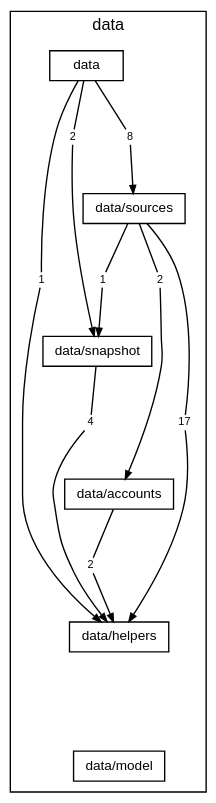
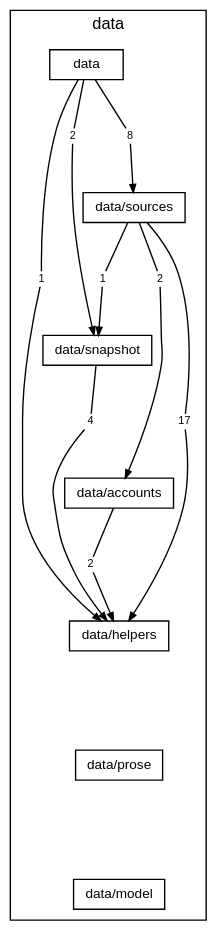
Before and after one commit to TheAxeC/oculus: the diagram in docs/diagrams/layer-data.dot, drawn with Graphviz. The commit also changed 51 other files, not shown here.

```diff
--- a/docs/diagrams/layer-data.dot
+++ b/docs/diagrams/layer-data.dot
@@ -1,43 +1,45 @@
 digraph layer_data {
     graph [bgcolor="transparent", rankdir=TB, newrank=true, fontname="Helvetica,Arial,sans-serif", fontsize=12, nodesep=0.2, ranksep=0.5];
     node [shape=box, color="black", fontcolor="black", fontname="Helvetica,Arial,sans-serif", fontsize=10, height=0.3, margin="0.12,0.04"];
     edge [color="black", fontcolor="black", fontname="Helvetica,Arial,sans-serif", fontsize=8, arrowsize=0.6];
     subgraph "cluster_data" {
         label="data"; style=solid;
         "folder data" [label="data"];
         "folder data/sources" [label="data/sources"];
         "folder data/snapshot" [label="data/snapshot"];
         "folder data/accounts" [label="data/accounts"];
         "folder data/helpers" [label="data/helpers"];
+        "folder data/prose" [label="data/prose"];
         "folder data/model" [label="data/model"];
         "folder data to folder data/helpers" [label="1", shape=box, color="transparent", fontsize=8, width=0, height=0, margin="0.04,0.02"];
         "folder data to folder data/snapshot" [label="2", shape=box, color="transparent", fontsize=8, width=0, height=0, margin="0.04,0.02"];
         "folder data to folder data/sources" [label="8", shape=box, color="transparent", fontsize=8, width=0, height=0, margin="0.04,0.02"];
         "folder data/sources to folder data/accounts" [label="2", shape=box, color="transparent", fontsize=8, width=0, height=0, margin="0.04,0.02"];
         "folder data/sources to folder data/helpers" [label="17", shape=box, color="transparent", fontsize=8, width=0, height=0, margin="0.04,0.02"];
         "folder data/sources to folder data/snapshot" [label="1", shape=box, color="transparent", fontsize=8, width=0, height=0, margin="0.04,0.02"];
         "folder data/snapshot to folder data/helpers" [label="4", shape=box, color="transparent", fontsize=8, width=0, height=0, margin="0.04,0.02"];
         "folder data/accounts to folder data/helpers" [label="2", shape=box, color="transparent", fontsize=8, width=0, height=0, margin="0.04,0.02"];
     }
     "folder data" -> "folder data/sources" [style=invis, weight=10, minlen=2];
     "folder data/sources" -> "folder data/snapshot" [style=invis, weight=10, minlen=2];
     "folder data/snapshot" -> "folder data/accounts" [style=invis, weight=10, minlen=2];
     "folder data/accounts" -> "folder data/helpers" [style=invis, weight=10, minlen=2];
-    "folder data/helpers" -> "folder data/model" [style=invis, weight=10, minlen=2];
+    "folder data/helpers" -> "folder data/prose" [style=invis, weight=10, minlen=2];
+    "folder data/prose" -> "folder data/model" [style=invis, weight=10, minlen=2];
     "folder data" -> "folder data to folder data/helpers" [arrowhead=none, minlen=3, weight=10];
     "folder data to folder data/helpers" -> "folder data/helpers" [];
     "folder data" -> "folder data to folder data/snapshot" [arrowhead=none, minlen=1, weight=10];
     "folder data to folder data/snapshot" -> "folder data/snapshot" [];
     "folder data" -> "folder data to folder data/sources" [arrowhead=none, minlen=1, weight=10];
     "folder data to folder data/sources" -> "folder data/sources" [];
     "folder data/sources" -> "folder data/sources to folder data/accounts" [arrowhead=none, minlen=1, weight=10];
     "folder data/sources to folder data/accounts" -> "folder data/accounts" [];
     "folder data/sources" -> "folder data/sources to folder data/helpers" [arrowhead=none, minlen=3, weight=10];
     "folder data/sources to folder data/helpers" -> "folder data/helpers" [];
     "folder data/sources" -> "folder data/sources to folder data/snapshot" [arrowhead=none, minlen=1, weight=10];
     "folder data/sources to folder data/snapshot" -> "folder data/snapshot" [];
     "folder data/snapshot" -> "folder data/snapshot to folder data/helpers" [arrowhead=none, minlen=1, weight=10];
     "folder data/snapshot to folder data/helpers" -> "folder data/helpers" [];
     "folder data/accounts" -> "folder data/accounts to folder data/helpers" [arrowhead=none, minlen=1, weight=10];
     "folder data/accounts to folder data/helpers" -> "folder data/helpers" [];
 }
```
